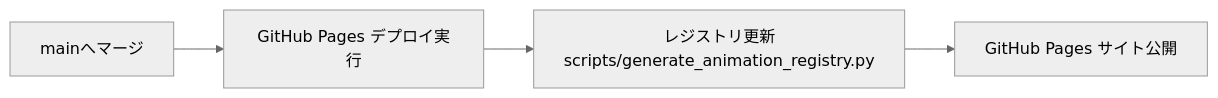
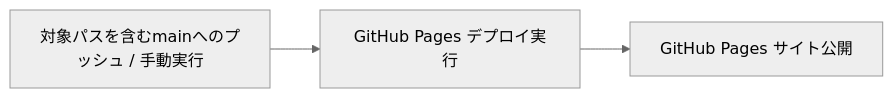
The third of 4 diagrams in docs/README_DEPLOY.md (masanori-satake/QuickLog-Solo), drawn with Mermaid (neutral theme) before and after one commit. The commit also changed other lines of this file and 3 other files, not shown here.

````diff
--- a/docs/README_DEPLOY.md
+++ b/docs/README_DEPLOY.md
@@ -98,6 +98,5 @@
 ```mermaid
 graph LR
-    Trigger[mainへマージ] --> PagesBuild[GitHub Pages デプロイ実行]
-    PagesBuild --> Registry[レジストリ更新<br/>scripts/generate_animation_registry.py]
-    Registry --> Deploy[GitHub Pages サイト公開]
+    Trigger[対象パスを含むmainへのプッシュ / 手動実行] --> PagesBuild[GitHub Pages デプロイ実行]
+    PagesBuild --> Deploy[GitHub Pages サイト公開]
 ```
````
